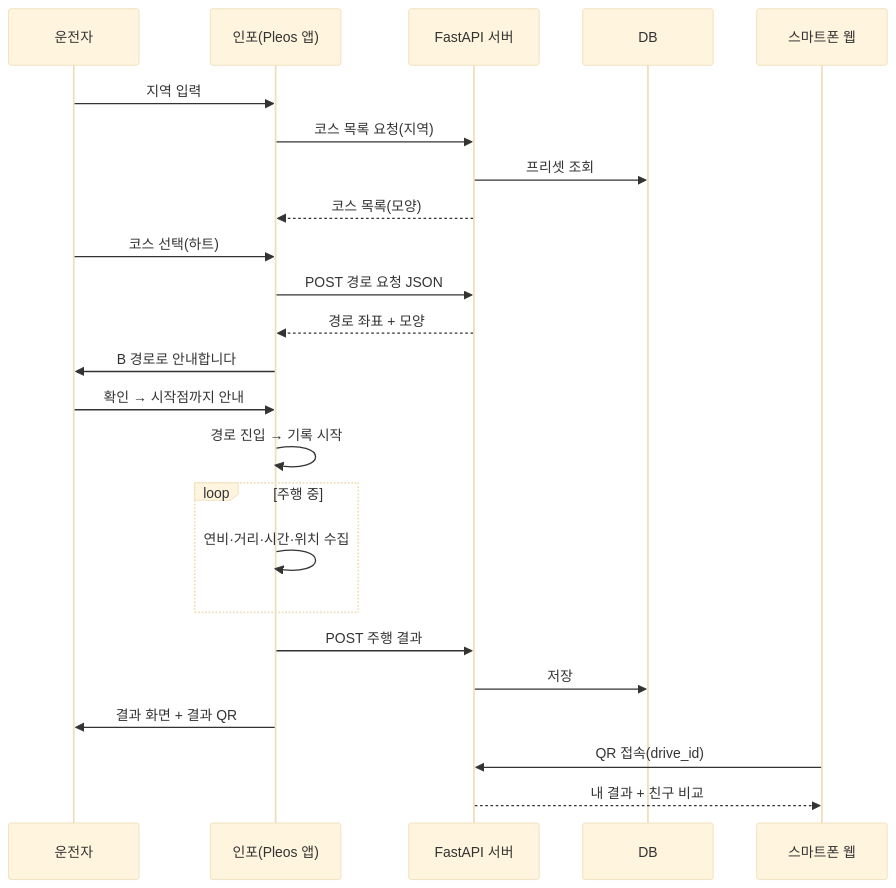
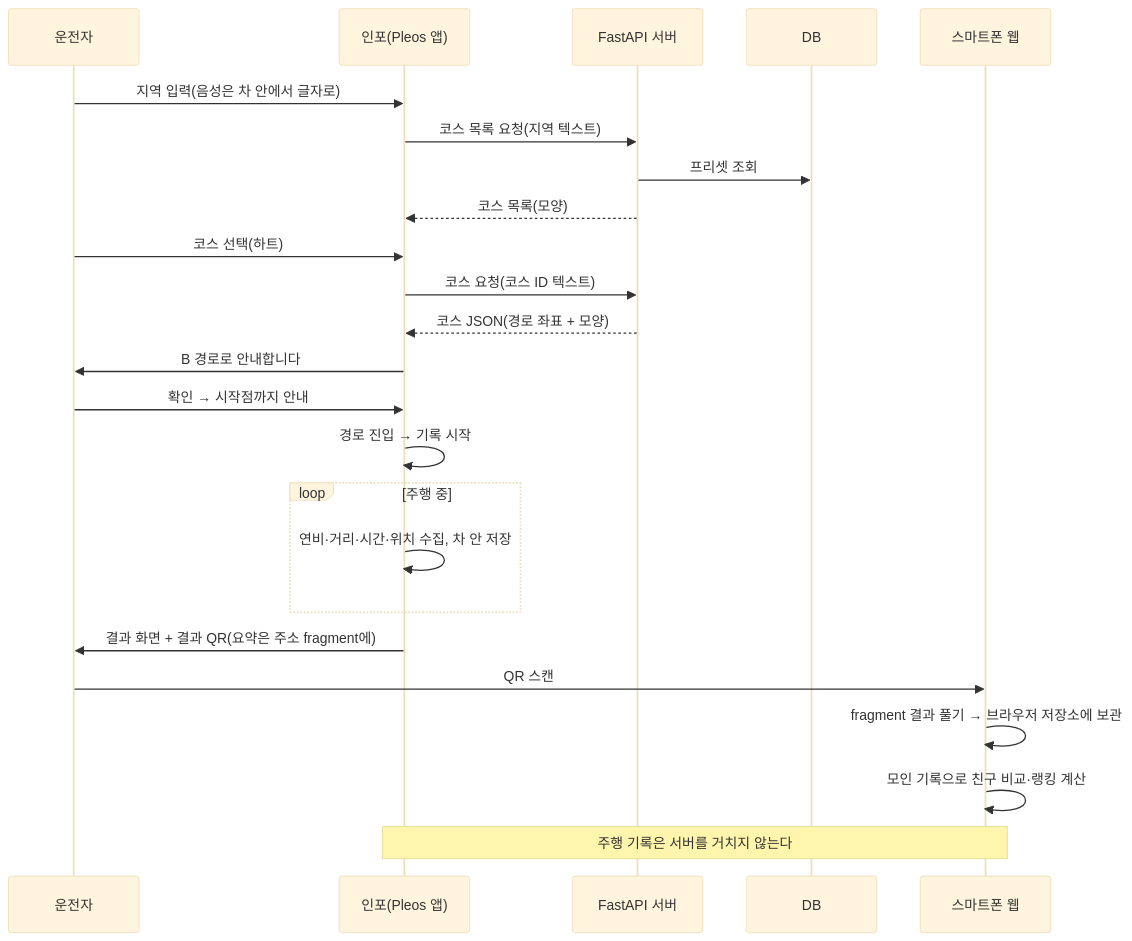
Before and after one commit to Nana2828/Pleos_application: the third of 3 diagrams in docs/scenario-flow.md, drawn with Mermaid (base theme). The commit also changed other lines of this file and 5 other files, not shown here.

````diff
--- a/docs/scenario-flow.md
+++ b/docs/scenario-flow.md
@@ -72,26 +80,26 @@
 ```mermaid
 sequenceDiagram
     participant U as 운전자
     participant Car as 인포(Pleos 앱)
     participant API as FastAPI 서버
     participant DB as DB
     participant Ph as 스마트폰 웹
-    U->>Car: 지역 입력
-    Car->>API: 코스 목록 요청(지역)
+    U->>Car: 지역 입력(음성은 차 안에서 글자로)
+    Car->>API: 코스 목록 요청(지역 텍스트)
     API->>DB: 프리셋 조회
     API-->>Car: 코스 목록(모양)
     U->>Car: 코스 선택(하트)
-    Car->>API: POST 경로 요청 JSON
-    API-->>Car: 경로 좌표 + 모양
+    Car->>API: 코스 요청(코스 ID 텍스트)
+    API-->>Car: 코스 JSON(경로 좌표 + 모양)
     Car->>U: B 경로로 안내합니다
     U->>Car: 확인 → 시작점까지 안내
     Car->>Car: 경로 진입 → 기록 시작
     loop 주행 중
-        Car->>Car: 연비·거리·시간·위치 수집
+        Car->>Car: 연비·거리·시간·위치 수집, 차 안 저장
     end
-    Car->>API: POST 주행 결과
-    API->>DB: 저장
-    Car->>U: 결과 화면 + 결과 QR
-    Ph->>API: QR 접속(drive_id)
-    API-->>Ph: 내 결과 + 친구 비교
+    Car->>U: 결과 화면 + 결과 QR(요약은 주소 fragment에)
+    U->>Ph: QR 스캔
+    Ph->>Ph: fragment 결과 풀기 → 브라우저 저장소에 보관
+    Ph->>Ph: 모인 기록으로 친구 비교·랭킹 계산
+    Note over Car,Ph: 주행 기록은 서버를 거치지 않는다
 ```
````
